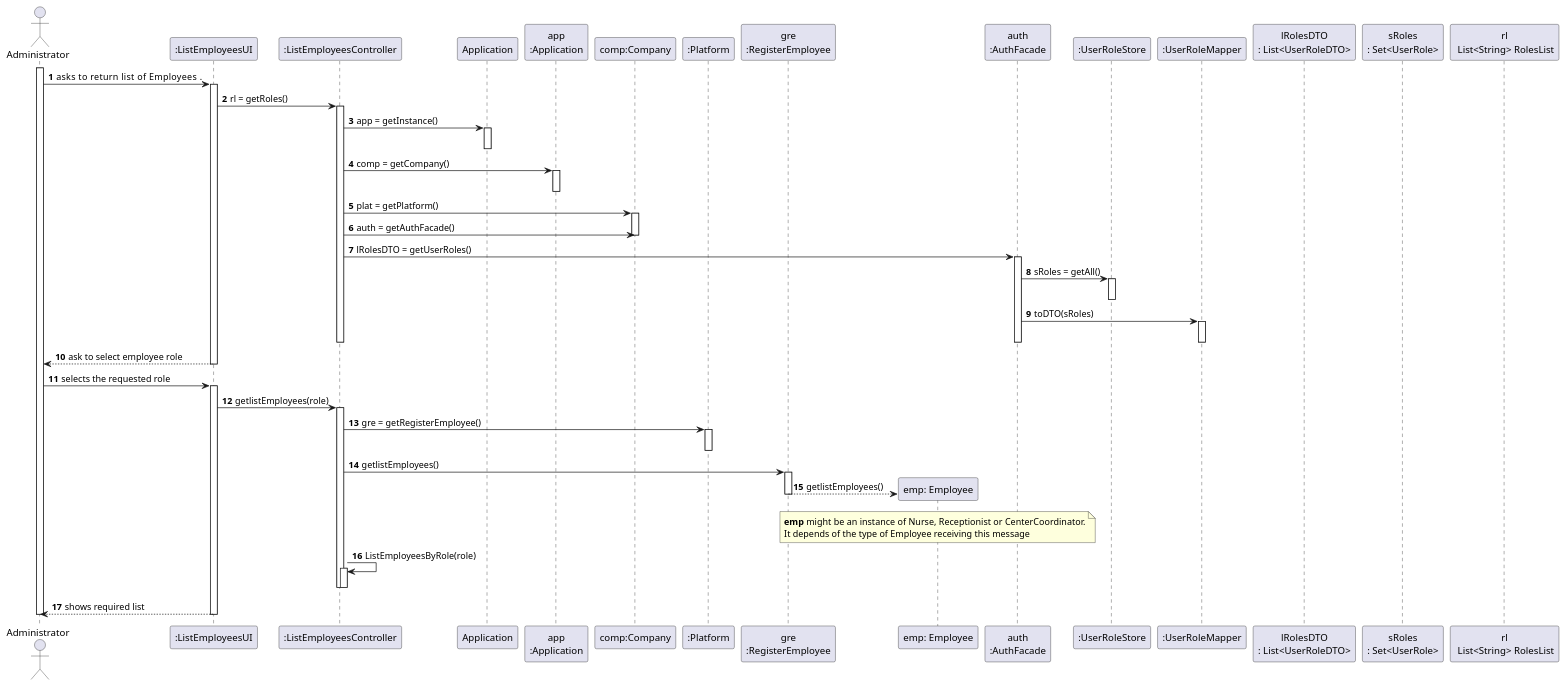
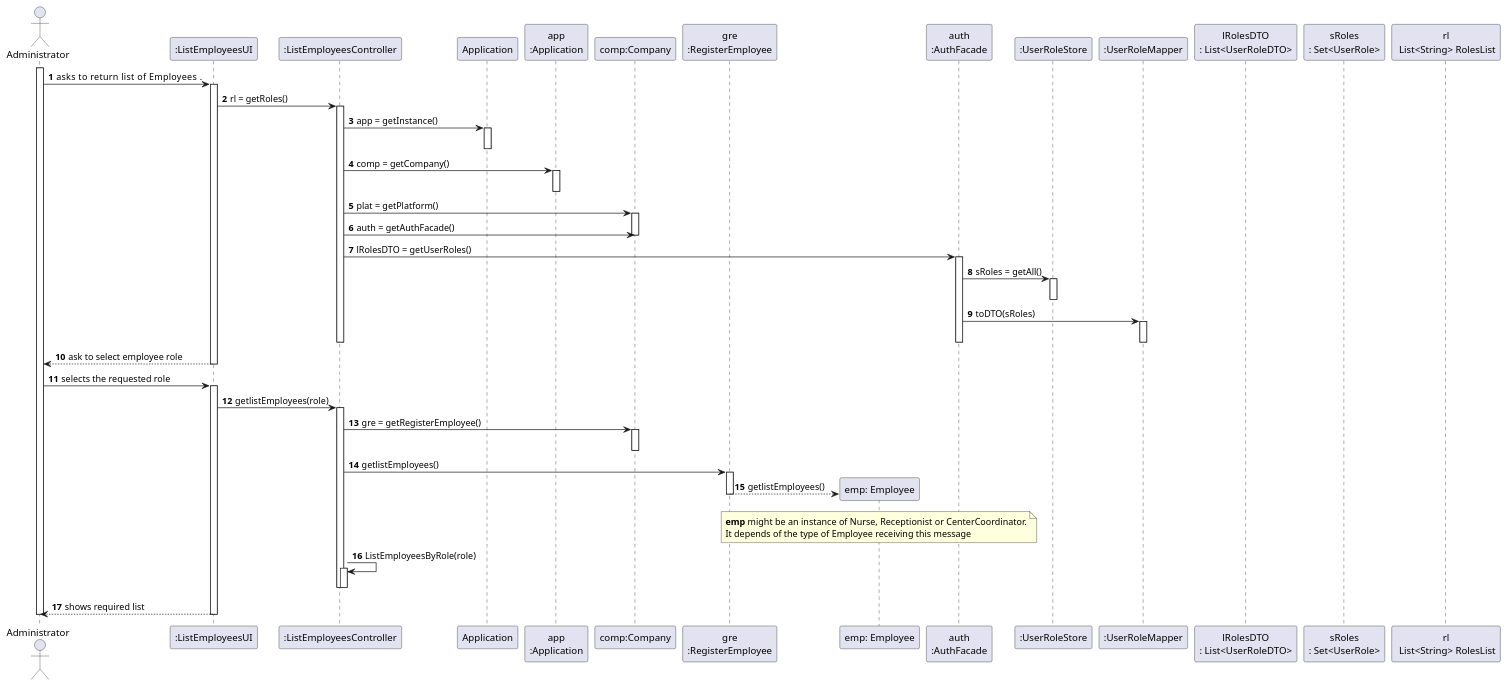
Before and after one commit to diogonapoles/isep-lapr2: the diagram in docs/SprintB/UserStories/US11/US11_SD.puml, drawn with PlantUML. The commit also changed 1 other file, not shown here.

Commit message:
[US-11][Design][Sequence Diagram]
Finished sequence diagram

```diff
--- a/docs/SprintB/UserStories/US11/US11_SD.puml
+++ b/docs/SprintB/UserStories/US11/US11_SD.puml
@@ -1,103 +1,102 @@
 @startuml
 autonumber
 actor "Administrator" as ADM
 
 
 participant ":ListEmployeesUI" as UI
 participant ":ListEmployeesController" as CTRL
 participant ":ListEmployeesUI" as UI
 participant ":ListEmployeesController" as CTRL
 participant "Application" as APP
 participant "app\n:Application" as App
 participant "comp:Company" as COMP
-participant ":Platform" as PLAT
 participant "gre\n:RegisterEmployee" as RE
 participant "emp: Employee" as EMP
 participant "auth\n:AuthFacade" as AF
 participant ":UserRoleStore" as URS
 participant ":UserRoleMapper" as URM
 participant "lRolesDTO\n: List<UserRoleDTO>" as lRDTO
 participant "sRoles\n: Set<UserRole>" as SR
 participant "rl\n List<String> RolesList" as rl
 
 
 activate ADM
 
 ADM -> UI : asks to return list of Employees     .
 activate UI
 
 UI -> CTRL : rl = getRoles()
 activate CTRL
 
 CTRL -> APP : app = getInstance()
 activate APP
 deactivate APP
 
 CTRL -> App : comp = getCompany()
 activate App
 deactivate App
 
 CTRL -> COMP : plat = getPlatform()
 activate COMP
 
 CTRL -> COMP: auth = getAuthFacade()
 deactivate COMP
 
 CTRL -> AF : lRolesDTO = getUserRoles()
 activate AF
 
 AF -> URS : sRoles = getAll()
 activate URS
 deactivate URS
 
 AF -> URM :  toDTO(sRoles)
 activate URM
 
 deactivate URM
 deactivate AF
 deactivate CTRL
 
 UI --> ADM : ask to select employee role
 deactivate UI
 
 
 
 ADM -> UI : selects the requested role
 activate UI
 
 
 
 UI -> CTRL : getlistEmployees(role)
 activate CTRL
 
-CTRL -> PLAT : gre = getRegisterEmployee()
-activate PLAT
-deactivate PLAT
+CTRL -> COMP : gre = getRegisterEmployee()
+activate COMP
+deactivate COMP
 
 CTRL -> RE : getlistEmployees()
 activate RE
 
 
 RE --> EMP** : getlistEmployees()
 note over EMP : **emp** might be an instance of Nurse, Receptionist or CenterCoordinator.\nIt depends of the type of Employee receiving this message
 
 deactivate RE
 CTRL -> CTRL : ListEmployeesByRole(role)
 activate CTRL
 Deactivate CTRL
 
 
 
 
 
 deactivate CTRL
 deactivate RE
 
 UI --> ADM : shows required list
 deactivate UI
 
 
 
 deactivate ADM
 
 @enduml
```
